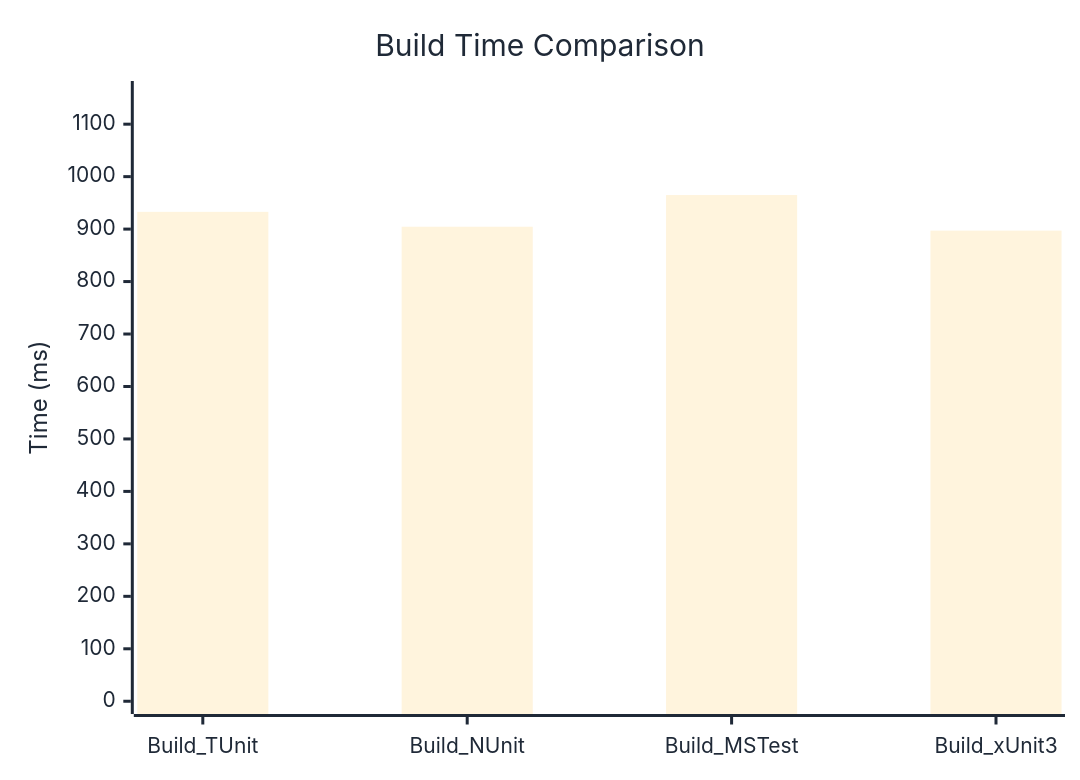
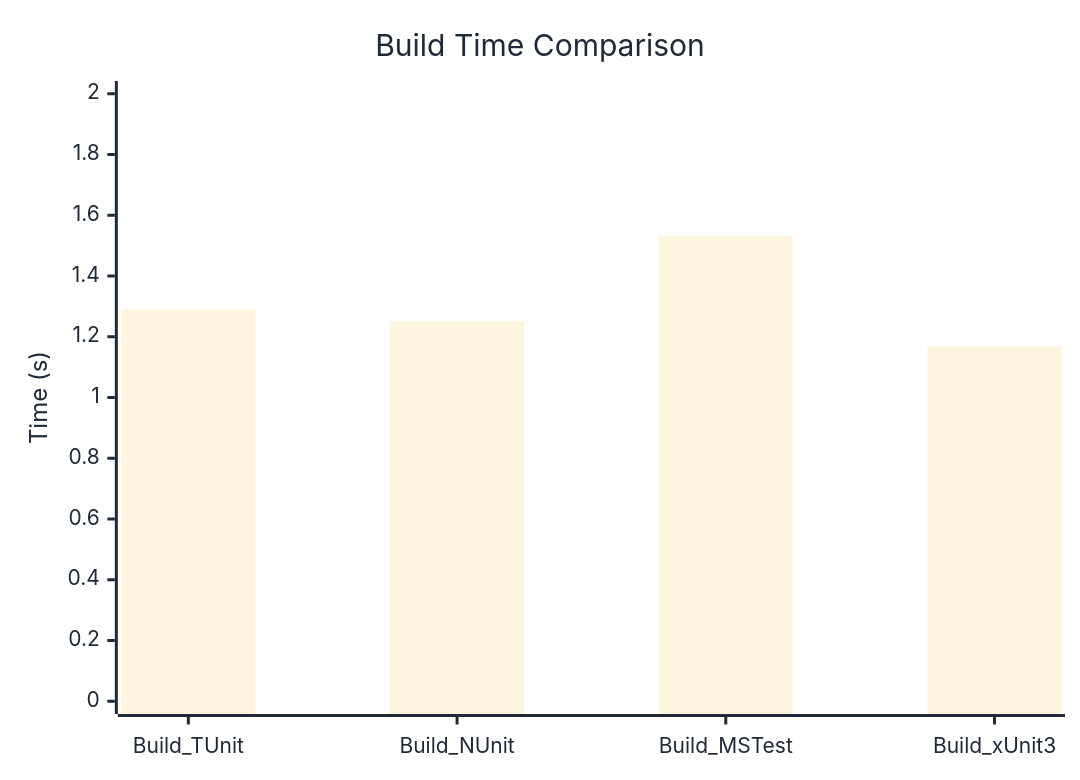
One commit to thomhurst/TUnit changed the diagram in docs/docs/benchmarks/engine/BuildTime.md. Above: the diagram before and after it, drawn with Mermaid. The commit also changed other lines of this file and 18 other files, not shown here.

````diff
--- a/docs/docs/benchmarks/engine/BuildTime.md
+++ b/docs/docs/benchmarks/engine/BuildTime.md
@@ -30,37 +30,37 @@
 ```mermaid
 %%{init: {
   'theme':'base',
   'themeVariables': {
     'primaryColor': '#2563eb',
     'primaryTextColor': '#1f2937',
     'primaryBorderColor': '#1e40af',
     'lineColor': '#6b7280',
     'secondaryColor': '#7c3aed',
     'tertiaryColor': '#dc2626',
     'background': '#ffffff',
     'mainBkg': '#2563eb',
     'secondBkg': '#7c3aed',
     'tertiaryBkg': '#dc2626',
     'clusterBkg': '#f3f4f6',
     'edgeLabelBackground': '#ffffff',
     'tertiaryTextColor': '#1f2937',
     'pie1': '#2563eb',
     'pie2': '#7c3aed',
     'pie3': '#dc2626',
     'pie4': '#f59e0b',
     'pie5': '#10b981',
     'pie6': '#06b6d4',
     'pie7': '#ec4899',
     'pie8': '#6366f1',
     'pie9': '#84cc16',
     'pie10': '#f97316',
     'pie11': '#14b8a6',
     'pie12': '#a855f7'
   }
 }}%%
 xychart-beta
   title "Build Time Comparison"
   x-axis ["Build_TUnit", "Build_NUnit", "Build_MSTest", "Build_xUnit3"]
-  y-axis "Time (ms)" 0 --> 1158
-  bar [932.9, 904.5, 964.9, 897.1]
+  y-axis "Time (s)" 0 --> 2
+  bar [1.29, 1.251, 1.531, 1.168]
 ```
````
